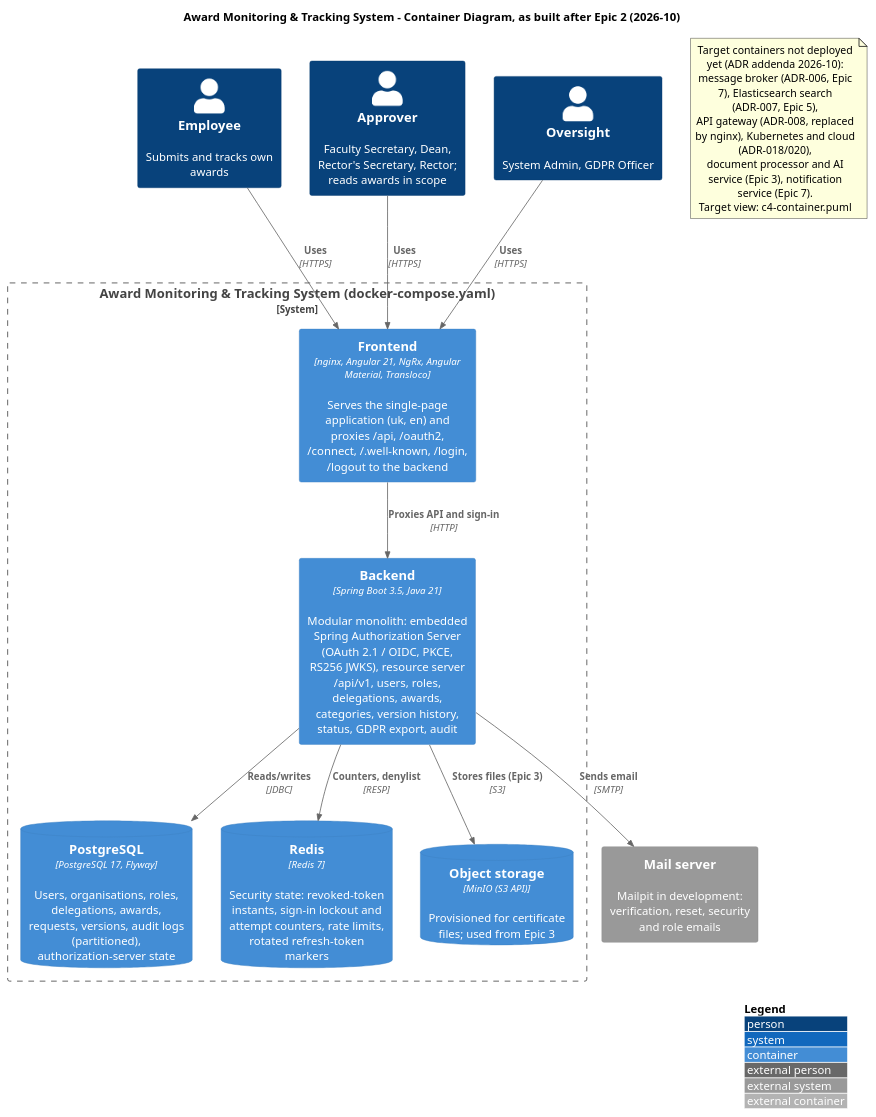
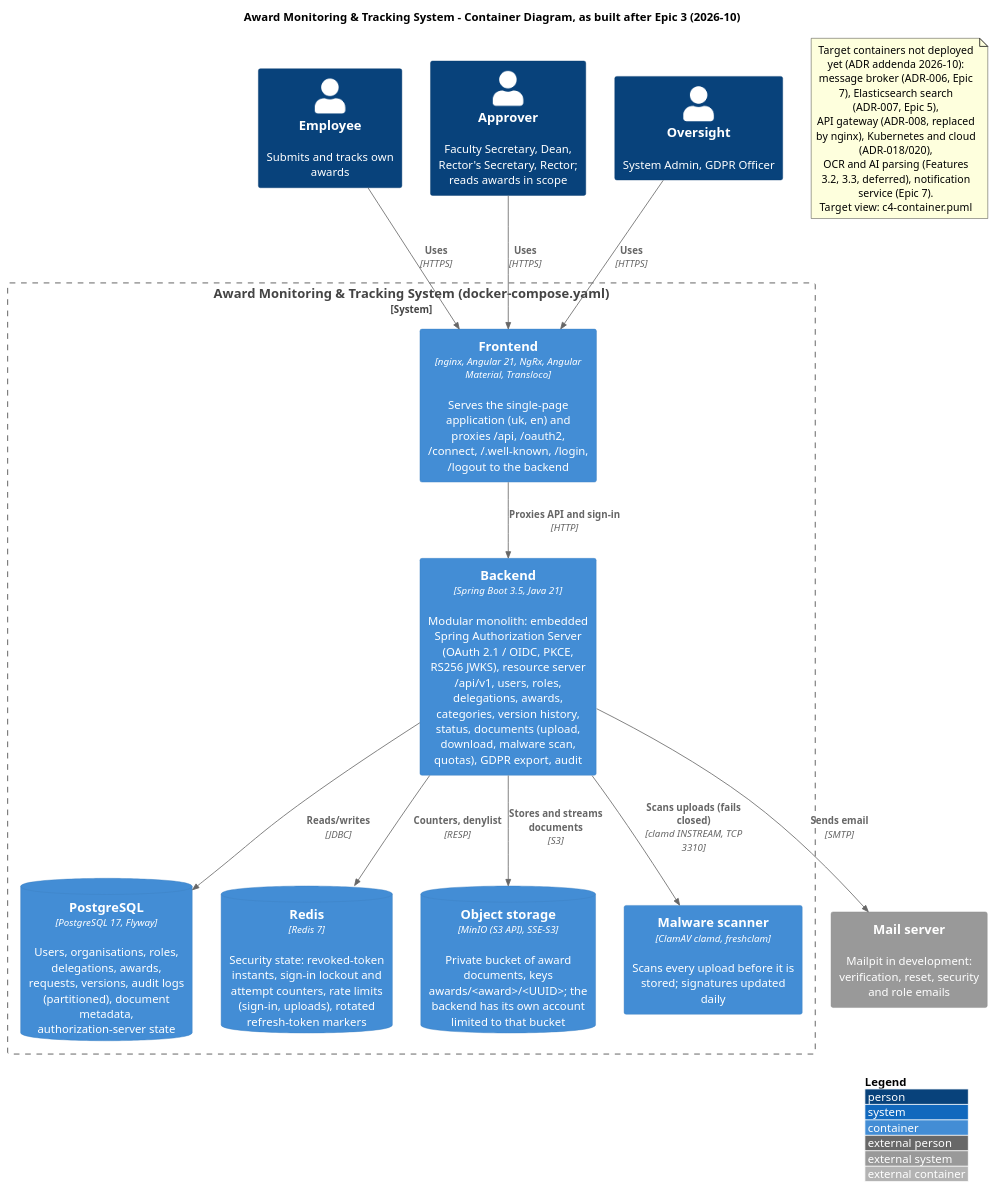
One commit to StKostyk/award-monitoring-system changed the diagram in docs/diagrams/c4-container-as-built.puml. Above: the diagram before and after it, drawn with PlantUML. The commit also changed 55 other files, not shown here.

First line of the commit message:
docs: reconcile documentation with the code after Epic 3

```diff
--- a/docs/diagrams/c4-container-as-built.puml
+++ b/docs/diagrams/c4-container-as-built.puml
@@ -1,43 +1,45 @@
 @startuml C4_Container_As_Built
 !include https://raw.githubusercontent.com/plantuml-stdlib/C4-PlantUML/master/C4_Container.puml
 
-title Award Monitoring & Tracking System - Container Diagram, as built after Epic 2 (2026-10)
+title Award Monitoring & Tracking System - Container Diagram, as built after Epic 3 (2026-10)
 
 LAYOUT_WITH_LEGEND()
 
 Person(employee, "Employee", "Submits and tracks own awards")
 Person(reviewer, "Approver", "Faculty Secretary, Dean, Rector's Secretary, Rector; reads awards in scope")
 Person(admin, "Oversight", "System Admin, GDPR Officer")
 
 System_Boundary(award_system, "Award Monitoring & Tracking System (docker-compose.yaml)") {
 
     Container(frontend, "Frontend", "nginx, Angular 21, NgRx, Angular Material, Transloco", "Serves the single-page application (uk, en) and proxies /api, /oauth2, /connect, /.well-known, /login, /logout to the backend")
 
-    Container(backend, "Backend", "Spring Boot 3.5, Java 21", "Modular monolith: embedded Spring Authorization Server (OAuth 2.1 / OIDC, PKCE, RS256 JWKS), resource server /api/v1, users, roles, delegations, awards, categories, version history, status, GDPR export, audit")
+    Container(backend, "Backend", "Spring Boot 3.5, Java 21", "Modular monolith: embedded Spring Authorization Server (OAuth 2.1 / OIDC, PKCE, RS256 JWKS), resource server /api/v1, users, roles, delegations, awards, categories, version history, status, documents (upload, download, malware scan, quotas), GDPR export, audit")
 
-    ContainerDb(postgres, "PostgreSQL", "PostgreSQL 17, Flyway", "Users, organisations, roles, delegations, awards, requests, versions, audit logs (partitioned), authorization-server state")
-    ContainerDb(redis, "Redis", "Redis 7", "Security state: revoked-token instants, sign-in lockout and attempt counters, rate limits, rotated refresh-token markers")
-    ContainerDb(minio, "Object storage", "MinIO (S3 API)", "Provisioned for certificate files; used from Epic 3")
+    ContainerDb(postgres, "PostgreSQL", "PostgreSQL 17, Flyway", "Users, organisations, roles, delegations, awards, requests, versions, audit logs (partitioned), document metadata, authorization-server state")
+    ContainerDb(redis, "Redis", "Redis 7", "Security state: revoked-token instants, sign-in lockout and attempt counters, rate limits (sign-in, uploads), rotated refresh-token markers")
+    ContainerDb(minio, "Object storage", "MinIO (S3 API), SSE-S3", "Private bucket of award documents, keys awards/<award>/<UUID>; the backend has its own account limited to that bucket")
+    Container(clamav, "Malware scanner", "ClamAV clamd, freshclam", "Scans every upload before it is stored; signatures updated daily")
 }
 
 System_Ext(smtp, "Mail server", "Mailpit in development: verification, reset, security and role emails")
 
 Rel(employee, frontend, "Uses", "HTTPS")
 Rel(reviewer, frontend, "Uses", "HTTPS")
 Rel(admin, frontend, "Uses", "HTTPS")
 Rel(frontend, backend, "Proxies API and sign-in", "HTTP")
 Rel(backend, postgres, "Reads/writes", "JDBC")
 Rel(backend, redis, "Counters, denylist", "RESP")
 Rel(backend, smtp, "Sends email", "SMTP")
-Rel_D(backend, minio, "Stores files (Epic 3)", "S3")
+Rel_D(backend, minio, "Stores and streams documents", "S3")
+Rel_D(backend, clamav, "Scans uploads (fails closed)", "clamd INSTREAM, TCP 3310")
 
 
 note as Planned
   Target containers not deployed yet (ADR addenda 2026-10):
   message broker (ADR-006, Epic 7), Elasticsearch search (ADR-007, Epic 5),
   API gateway (ADR-008, replaced by nginx), Kubernetes and cloud (ADR-018/020),
-  document processor and AI service (Epic 3), notification service (Epic 7).
+  OCR and AI parsing (Features 3.2, 3.3, deferred), notification service (Epic 7).
   Target view: c4-container.puml
 end note
 
 @enduml
```
